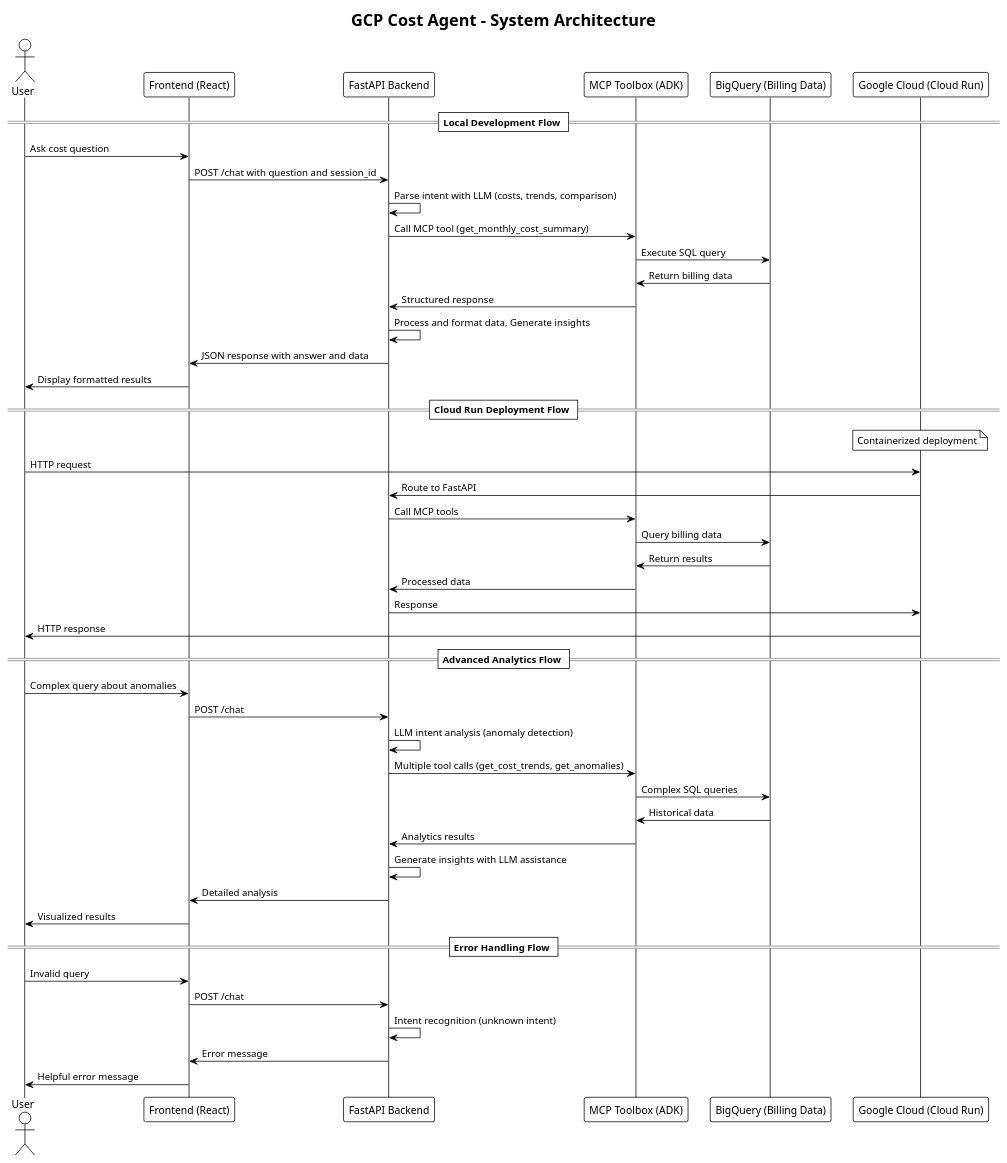
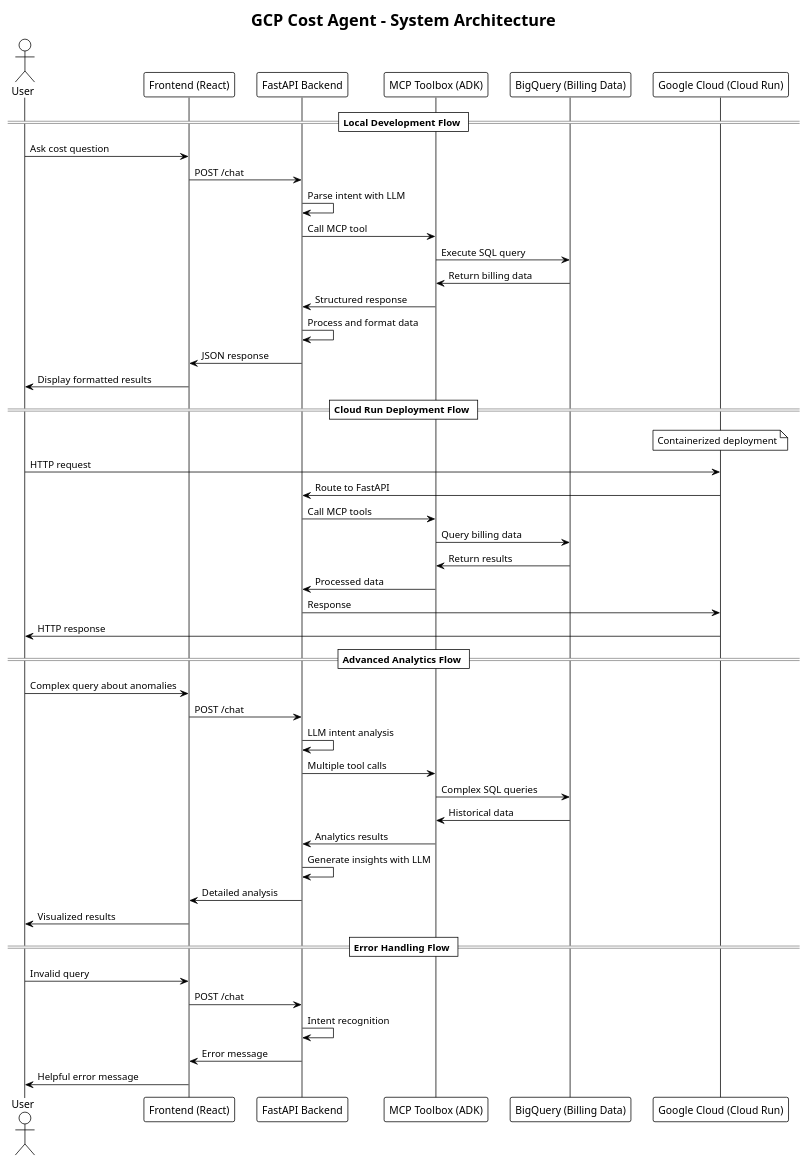
Before and after one commit to kirill-demidov/gcp-cost-agent: the diagram in docs/architecture.puml, drawn with PlantUML. The commit also changed 2 other files, not shown here.

Commit message:
Simplify PlantUML diagrams for better compatibility
- Remove problematic characters and complex formatting
- Simplify participant names and descriptions
- Remove special characters that may cause parsing issues
- Ensure compatibility with online PlantUML servers
- All diagrams now use minimal, clean syntax

```diff
--- a/docs/architecture.puml
+++ b/docs/architecture.puml
@@ -1,58 +1,58 @@
-@startuml GCP Cost Agent Architecture
+@startuml
 !theme plain
 title GCP Cost Agent - System Architecture
 
 actor User
 participant "Frontend (React)" as Frontend
 participant "FastAPI Backend" as Backend
 participant "MCP Toolbox (ADK)" as Toolbox
 participant "BigQuery (Billing Data)" as BigQuery
 participant "Google Cloud (Cloud Run)" as CloudRun
 
 == Local Development Flow ==
 
 User -> Frontend: Ask cost question
-Frontend -> Backend: POST /chat with question and session_id
-Backend -> Backend: Parse intent with LLM (costs, trends, comparison)
-Backend -> Toolbox: Call MCP tool (get_monthly_cost_summary)
+Frontend -> Backend: POST /chat
+Backend -> Backend: Parse intent with LLM
+Backend -> Toolbox: Call MCP tool
 Toolbox -> BigQuery: Execute SQL query
 BigQuery -> Toolbox: Return billing data
 Toolbox -> Backend: Structured response
-Backend -> Backend: Process and format data, Generate insights
-Backend -> Frontend: JSON response with answer and data
+Backend -> Backend: Process and format data
+Backend -> Frontend: JSON response
 Frontend -> User: Display formatted results
 
 == Cloud Run Deployment Flow ==
 
 note over CloudRun: Containerized deployment
 User -> CloudRun: HTTP request
 CloudRun -> Backend: Route to FastAPI
 Backend -> Toolbox: Call MCP tools
 Toolbox -> BigQuery: Query billing data
 BigQuery -> Toolbox: Return results
 Toolbox -> Backend: Processed data
 Backend -> CloudRun: Response
 CloudRun -> User: HTTP response
 
 == Advanced Analytics Flow ==
 
 User -> Frontend: Complex query about anomalies
 Frontend -> Backend: POST /chat
-Backend -> Backend: LLM intent analysis (anomaly detection)
-Backend -> Toolbox: Multiple tool calls (get_cost_trends, get_anomalies)
+Backend -> Backend: LLM intent analysis
+Backend -> Toolbox: Multiple tool calls
 Toolbox -> BigQuery: Complex SQL queries
 BigQuery -> Toolbox: Historical data
 Toolbox -> Backend: Analytics results
-Backend -> Backend: Generate insights with LLM assistance
+Backend -> Backend: Generate insights with LLM
 Backend -> Frontend: Detailed analysis
 Frontend -> User: Visualized results
 
 == Error Handling Flow ==
 
 User -> Frontend: Invalid query
 Frontend -> Backend: POST /chat
-Backend -> Backend: Intent recognition (unknown intent)
+Backend -> Backend: Intent recognition
 Backend -> Frontend: Error message
 Frontend -> User: Helpful error message
 
 @enduml
```
